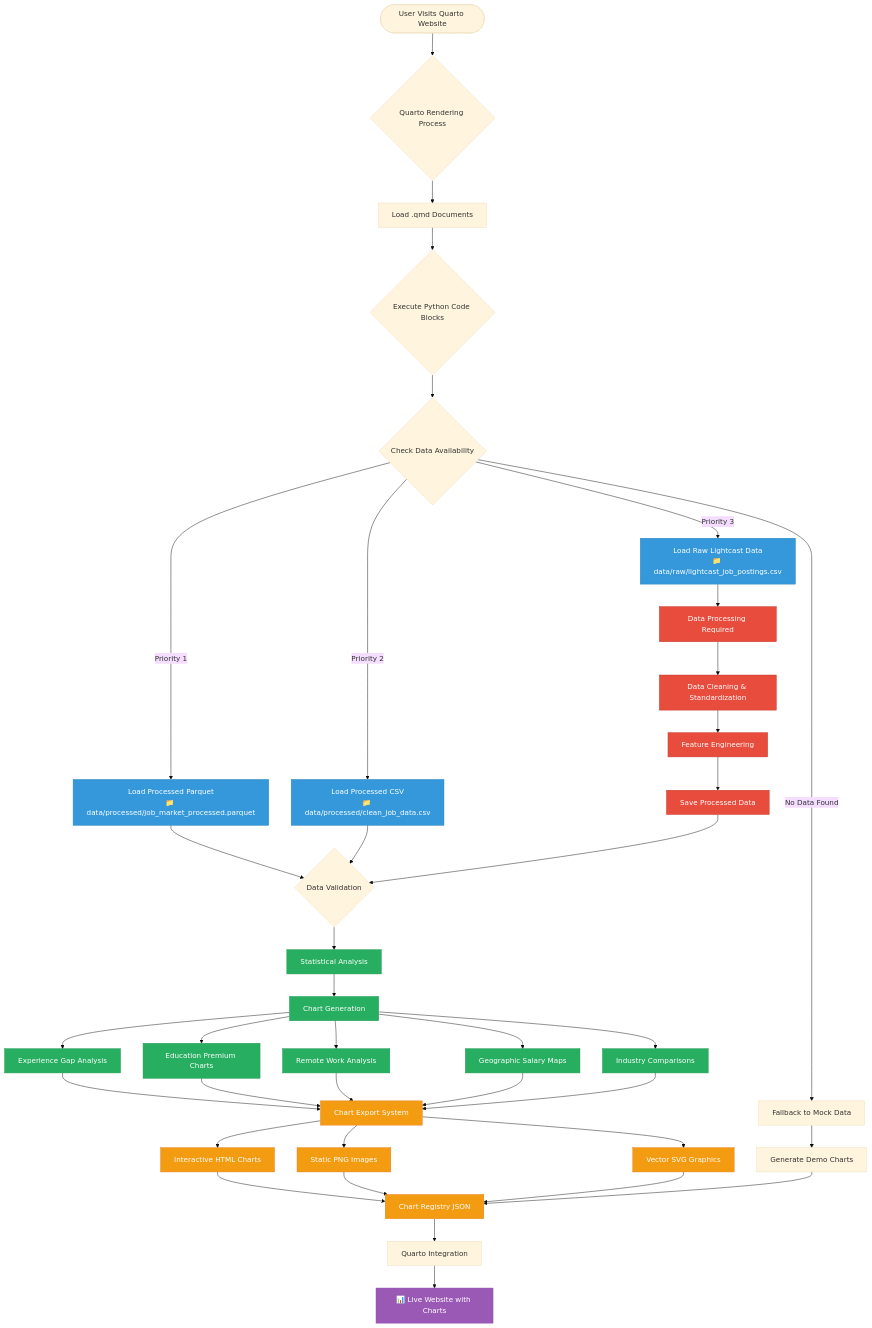
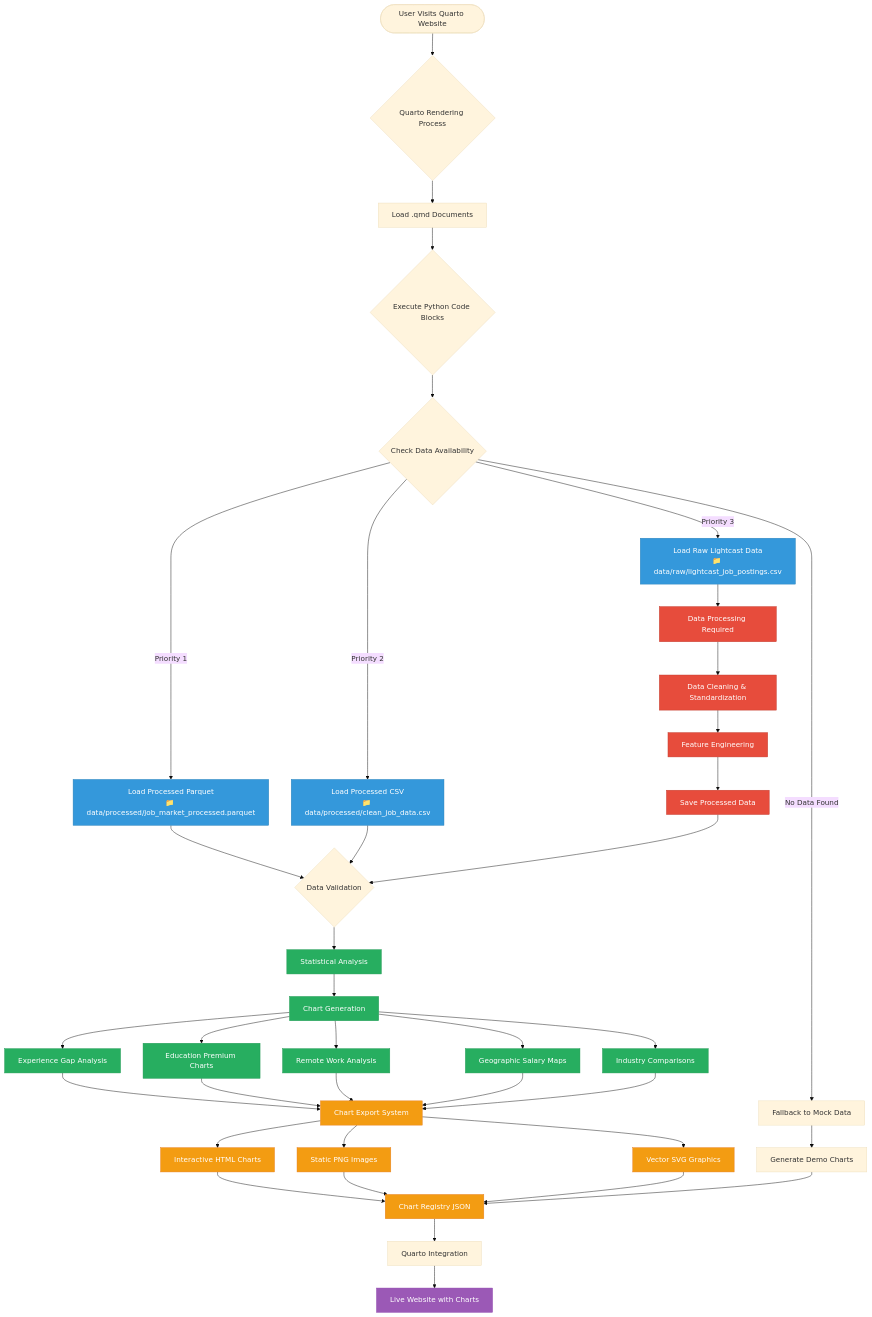
The first of 3 diagrams in DESIGN.md (samarthya/ad688-scratch), drawn with Mermaid (base theme) before and after one commit. The commit also changed other lines of this file and 3 other files, not shown here.

````diff
--- a/DESIGN.md
+++ b/DESIGN.md
@@ -71,78 +71,78 @@
 ```mermaid
 flowchart TD
     %% User Access
     START([User Visits Quarto Website]) --> RENDER{Quarto Rendering Process}
     
     %% Quarto Document Processing
     RENDER --> QMD[Load .qmd Documents]
     QMD --> PYTHON{Execute Python Code Blocks}
     
     %% Data Loading Decision Tree
     PYTHON --> DATACHECK{Check Data Availability}
     
     %% Data Source Hierarchy
     DATACHECK -->|Priority 1| PARQUET[Load Processed Parquet<br/>📁 data/processed/job_market_processed.parquet]
     DATACHECK -->|Priority 2| CSV[Load Processed CSV<br/>📁 data/processed/clean_job_data.csv]
     DATACHECK -->|Priority 3| RAW[Load Raw Lightcast Data<br/>📁 data/raw/lightcast_job_postings.csv]
     
     %% Data Processing Branch
     PARQUET --> VALIDATE{Data Validation}
     CSV --> VALIDATE
     RAW --> PROCESS[Data Processing Required]
     
     %% Processing Pipeline
     PROCESS --> CLEAN[Data Cleaning & Standardization]
     CLEAN --> FEATURE[Feature Engineering]
     FEATURE --> SAVE[Save Processed Data]
     SAVE --> VALIDATE
     
     %% Chart Generation Pipeline
     VALIDATE --> ANALYSIS[Statistical Analysis]
     ANALYSIS --> CHARTS[Chart Generation]
     
     %% Chart Types
     CHARTS --> EXPERIENCE[Experience Gap Analysis]
     CHARTS --> EDUCATION[Education Premium Charts]
     CHARTS --> REMOTE[Remote Work Analysis]
     CHARTS --> GEOGRAPHIC[Geographic Salary Maps]
     CHARTS --> INDUSTRY[Industry Comparisons]
     
     %% Output Generation
     EXPERIENCE --> EXPORT[Chart Export System]
     EDUCATION --> EXPORT
     REMOTE --> EXPORT
     GEOGRAPHIC --> EXPORT
     INDUSTRY --> EXPORT
     
     %% Multi-Format Output
     EXPORT --> HTML[Interactive HTML Charts]
     EXPORT --> PNG[Static PNG Images]
     EXPORT --> SVG[Vector SVG Graphics]
     
     %% Registry and Integration
     HTML --> REGISTRY[Chart Registry JSON]
     PNG --> REGISTRY
     SVG --> REGISTRY
     
     %% Final Website Assembly
     REGISTRY --> INTEGRATE[Quarto Integration]
-    INTEGRATE --> WEBSITE[📊 Live Website with Charts]
+    INTEGRATE --> WEBSITE[Live Website with Charts]
     
     %% Error Handling
     DATACHECK -->|No Data Found| ERROR[Fallback to Mock Data]
     ERROR --> MOCKCHARTS[Generate Demo Charts]
     MOCKCHARTS --> REGISTRY
     
     %% Styling
     classDef dataSource fill:#3498DB,stroke:#2980B9,color:#fff
     classDef processing fill:#E74C3C,stroke:#C0392B,color:#fff
     classDef analysis fill:#27AE60,stroke:#229954,color:#fff
     classDef output fill:#F39C12,stroke:#E67E22,color:#fff
     classDef final fill:#9B59B6,stroke:#8E44AD,color:#fff
     
     class PARQUET,CSV,RAW dataSource
     class PROCESS,CLEAN,FEATURE,SAVE processing
     class ANALYSIS,CHARTS,EXPERIENCE,EDUCATION,REMOTE,GEOGRAPHIC,INDUSTRY analysis
     class EXPORT,HTML,PNG,SVG,REGISTRY output
     class WEBSITE final
 ```
````
